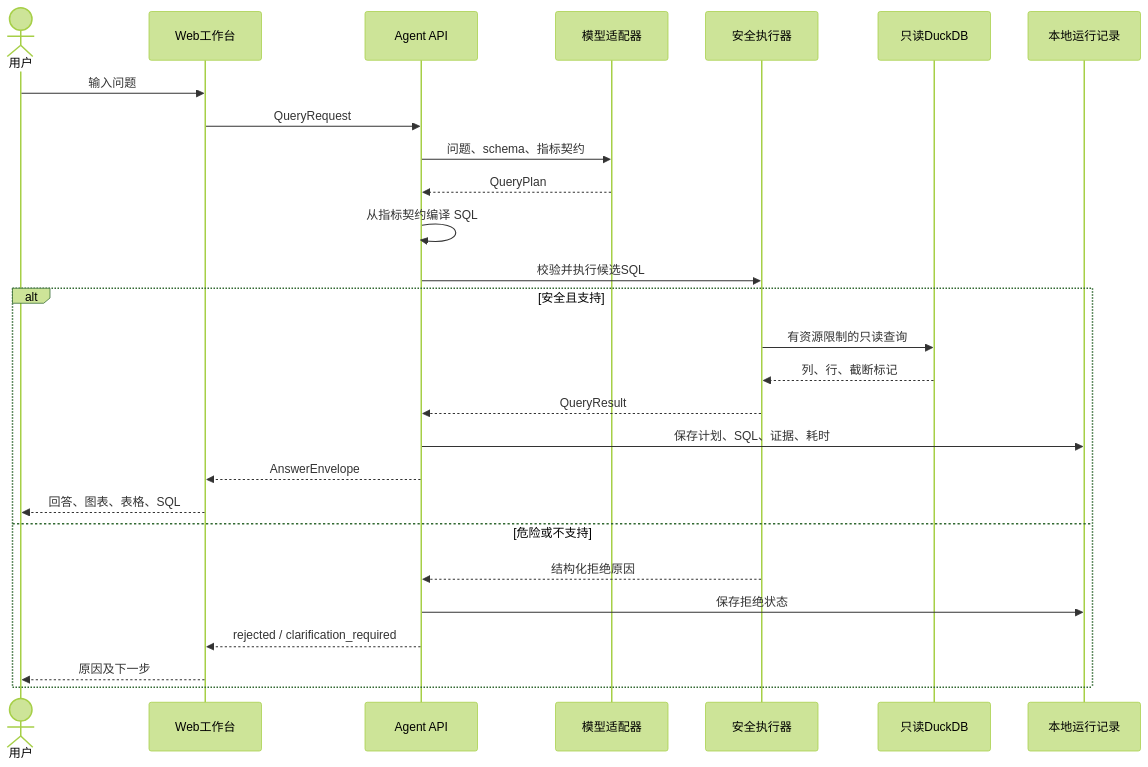
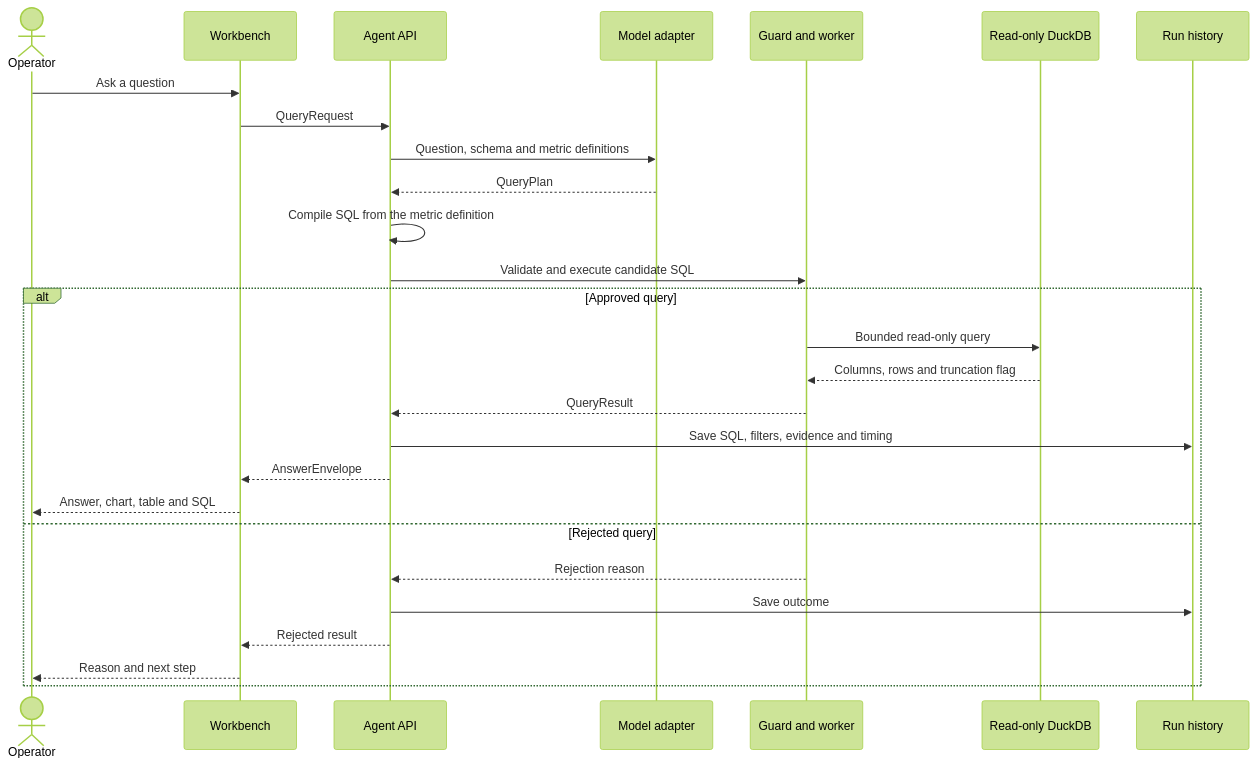
The second of 4 diagrams in docs/architecture.md (Romanticjojo/ecommerce-operations-agent), drawn with Mermaid (forest theme) before and after one commit. The commit also changed other lines of this file and 42 other files, not shown here.

````diff
--- a/docs/architecture.md
+++ b/docs/architecture.md
@@ -51,29 +50,29 @@
 ```mermaid
 sequenceDiagram
-    actor User as 用户
-    participant Web as Web工作台
+    actor User as Operator
+    participant Web as Workbench
     participant API as Agent API
-    participant Model as 模型适配器
-    participant Guard as 安全执行器
-    participant DB as 只读DuckDB
-    participant Store as 本地运行记录
-    User->>Web: 输入问题
+    participant Model as Model adapter
+    participant Guard as Guard and worker
+    participant DB as Read-only DuckDB
+    participant Store as Run history
+    User->>Web: Ask a question
     Web->>API: QueryRequest
-    API->>Model: 问题、schema、指标契约
+    API->>Model: Question, schema and metric definitions
     Model-->>API: QueryPlan
-    API->>API: 从指标契约编译 SQL
-    API->>Guard: 校验并执行候选SQL
-    alt 安全且支持
-        Guard->>DB: 有资源限制的只读查询
-        DB-->>Guard: 列、行、截断标记
+    API->>API: Compile SQL from the metric definition
+    API->>Guard: Validate and execute candidate SQL
+    alt Approved query
+        Guard->>DB: Bounded read-only query
+        DB-->>Guard: Columns, rows and truncation flag
         Guard-->>API: QueryResult
-        API->>Store: 保存计划、SQL、证据、耗时
+        API->>Store: Save SQL, filters, evidence and timing
         API-->>Web: AnswerEnvelope
-        Web-->>User: 回答、图表、表格、SQL
-    else 危险或不支持
-        Guard-->>API: 结构化拒绝原因
-        API->>Store: 保存拒绝状态
-        API-->>Web: rejected / clarification_required
-        Web-->>User: 原因及下一步
+        Web-->>User: Answer, chart, table and SQL
+    else Rejected query
+        Guard-->>API: Rejection reason
+        API->>Store: Save outcome
+        API-->>Web: Rejected result
+        Web-->>User: Reason and next step
     end
 ```
````
